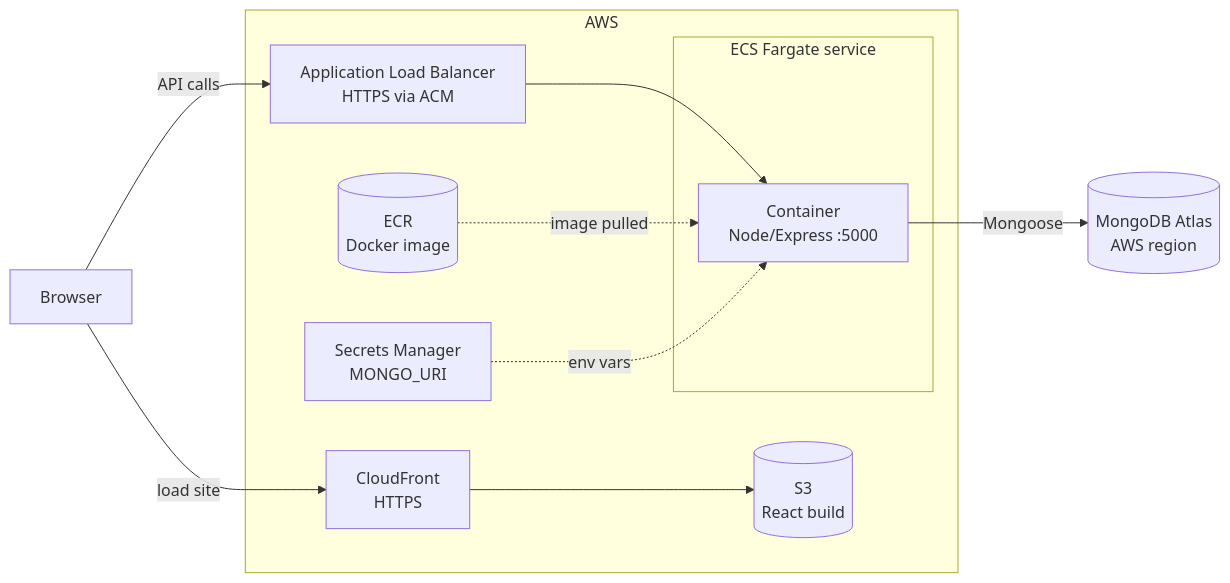
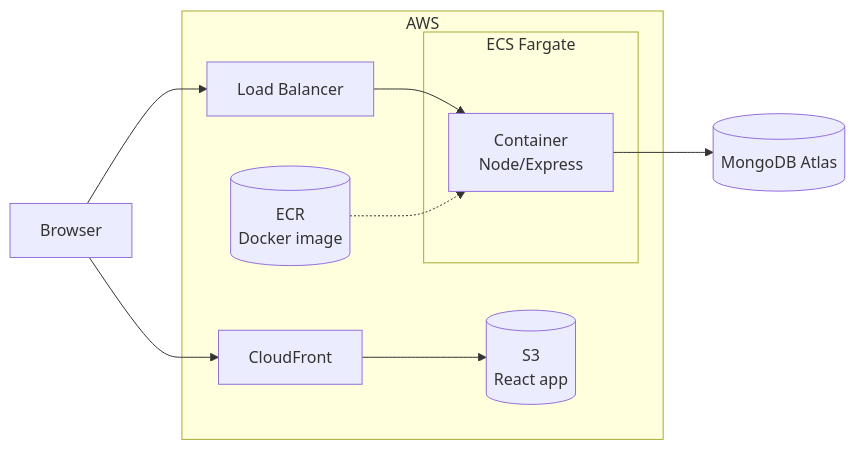
Before and after one commit to Shreyansh9016/Expense_Tracker: the first of 2 diagrams in README.md, drawn with Mermaid. The commit also changed other lines of this file, not shown here.

````diff
--- a/README.md
+++ b/README.md
@@ -23,21 +15,19 @@
 ```mermaid
 flowchart LR
     U[Browser]
     subgraph AWS
-        CF[CloudFront<br/>HTTPS]
-        S3[(S3<br/>React build)]
-        ALB[Application Load Balancer<br/>HTTPS via ACM]
-        subgraph ECS[ECS Fargate service]
-            T1[Container<br/>Node/Express :5000]
+        CF[CloudFront]
+        S3[(S3<br/>React app)]
+        ALB[Load Balancer]
+        subgraph ECS[ECS Fargate]
+            C[Container<br/>Node/Express]
         end
         ECR[(ECR<br/>Docker image)]
-        SM[Secrets Manager<br/>MONGO_URI]
     end
-    DB[(MongoDB Atlas<br/>AWS region)]
+    DB[(MongoDB Atlas)]
 
-    U -- "load site" --> CF --> S3
-    U -- "API calls" --> ALB --> T1
-    ECR -. "image pulled" .-> T1
-    SM -. "env vars" .-> T1
-    T1 -- "Mongoose" --> DB
+    U --> CF --> S3
+    U --> ALB --> C
+    ECR -.-> C
+    C --> DB
 ```
````
